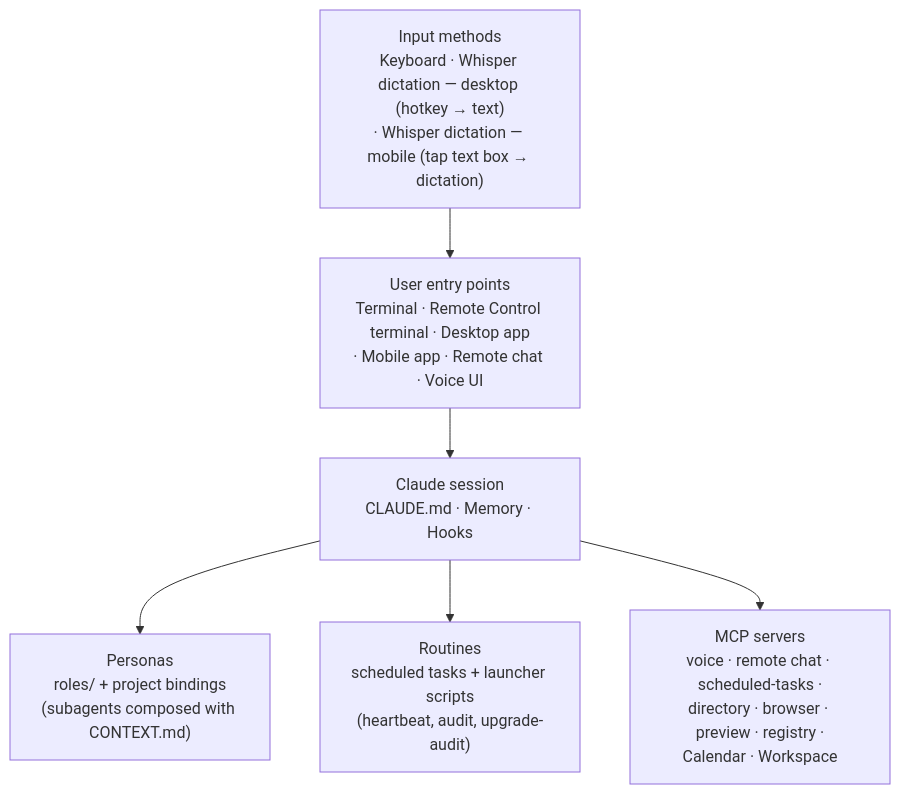
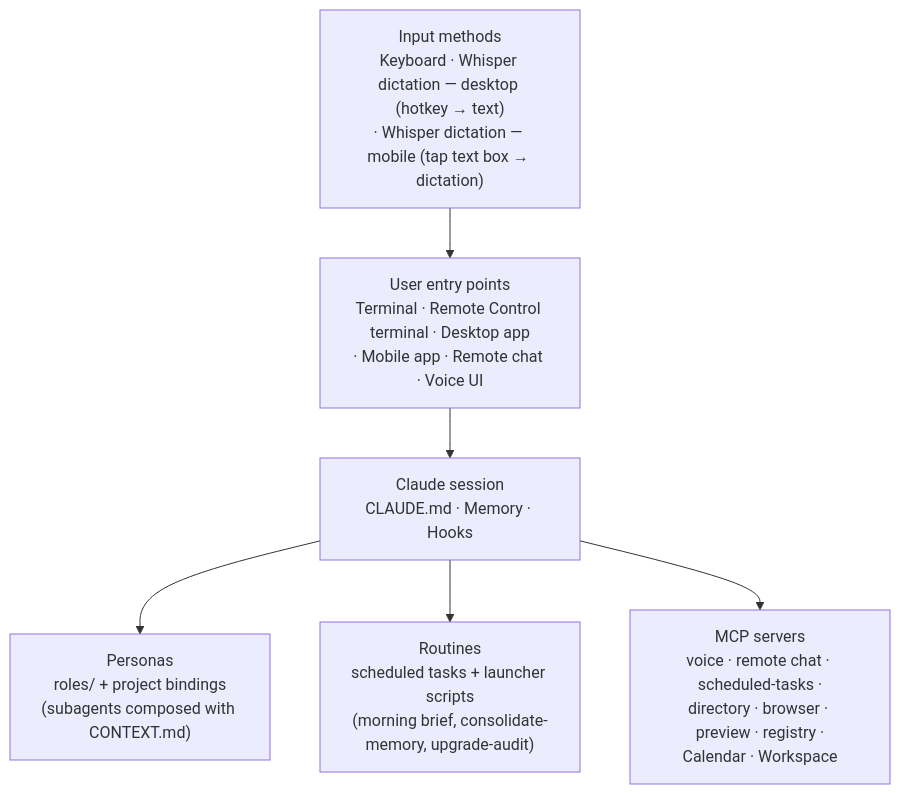
One commit to jimy-r/agent-workspace-architecture changed the first of 3 diagrams in META_ARCHITECTURE.md. Above: the diagram before and after it, drawn with Mermaid. The commit also changed other lines of this file and 13 other files, not shown here.

````diff
--- a/META_ARCHITECTURE.md
+++ b/META_ARCHITECTURE.md
@@ -43,14 +43,14 @@
 ```mermaid
 flowchart TB
     I["Input methods<br/>Keyboard · Whisper dictation — desktop (hotkey → text)<br/>· Whisper dictation — mobile (tap text box → dictation)"]
     E["User entry points<br/>Terminal · Remote Control terminal · Desktop app<br/>· Mobile app · Remote chat · Voice UI"]
     S["Claude session<br/>CLAUDE.md · Memory · Hooks"]
     P["Personas<br/>roles/ + project bindings<br/>(subagents composed with CONTEXT.md)"]
-    R["Routines<br/>scheduled tasks + launcher scripts<br/>(heartbeat, audit, upgrade-audit)"]
+    R["Routines<br/>scheduled tasks + launcher scripts<br/>(morning brief, consolidate-memory, upgrade-audit)"]
     M["MCP servers<br/>voice · remote chat · scheduled-tasks ·<br/>directory · browser · preview · registry ·<br/>Calendar · Workspace"]
     I --> E
     E --> S
     S --> P
     S --> R
     S --> M
 ```
````
